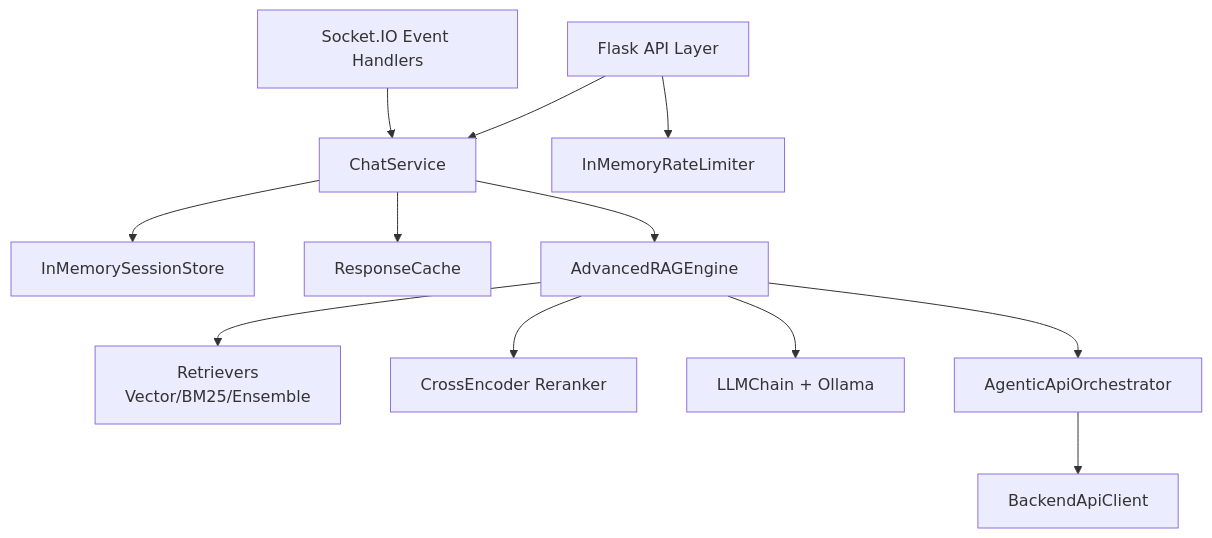
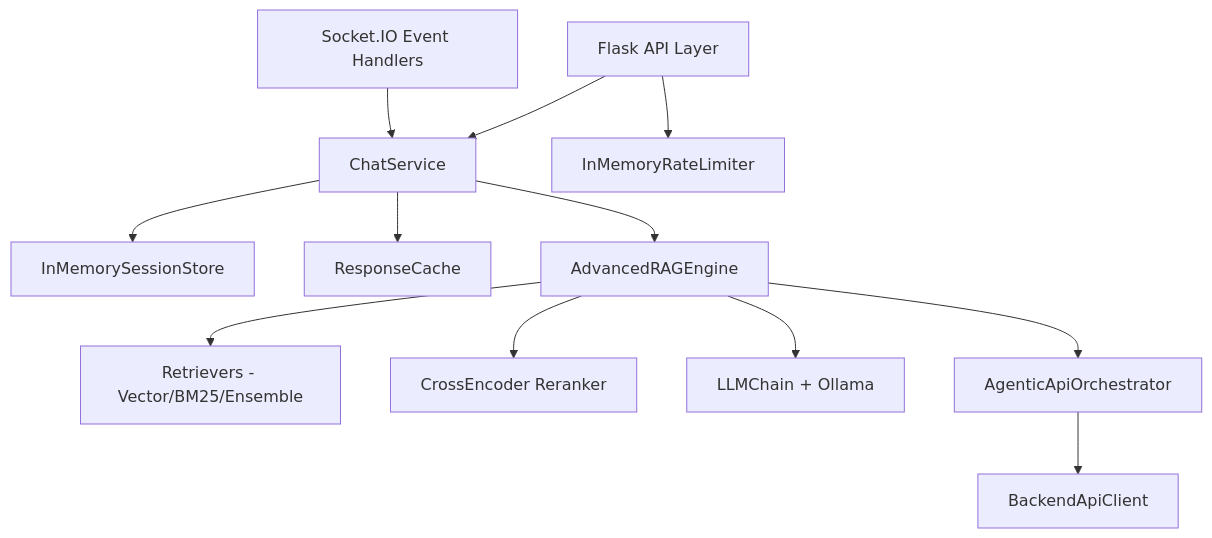
The fourth of 21 diagrams in ARCHITECTURE.md (yamposskype/AI-RAG-LangChain), drawn with Mermaid before and after one commit. The commit also changed other lines of this file and 11 other files, not shown here.

````diff
--- a/ARCHITECTURE.md
+++ b/ARCHITECTURE.md
@@ -261,33 +261,33 @@
 ```mermaid
 graph TB
     API[Flask API Layer]
     WS[Socket.IO Event Handlers]
     CS[ChatService]
 
     SS[InMemorySessionStore]
     RC[ResponseCache]
     RL[InMemoryRateLimiter]
 
     ENG[AdvancedRAGEngine]
-    RET[Retrievers\nVector/BM25/Ensemble]
+    RET[Retrievers - Vector/BM25/Ensemble]
     RER[CrossEncoder Reranker]
     LLM[LLMChain + Ollama]
 
     ORCH[AgenticApiOrchestrator]
     CLIENT[BackendApiClient]
 
     API --> CS
     WS --> CS
 
     API --> RL
     CS --> SS
     CS --> RC
     CS --> ENG
 
     ENG --> RET
     ENG --> RER
     ENG --> LLM
     ENG --> ORCH
 
     ORCH --> CLIENT
 ```
````
